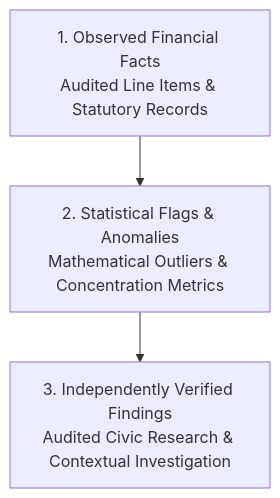
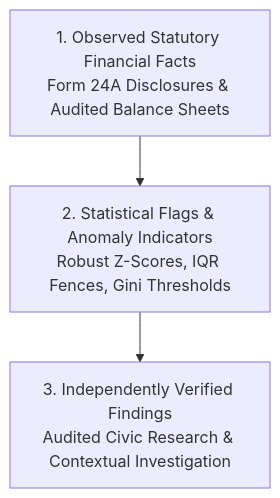
The diagram in docs/phase5/anomaly_methodology.md (Rakshana0707/CIVICLENS), drawn with Mermaid before and after one commit. The commit also changed other lines of this file and 2 other files, not shown here.

Commit message:
Political Funding Anomaly Detection Co-authored-by: Neevetha <neevetha2006@gmail.com>

````diff
--- a/docs/phase5/anomaly_methodology.md
+++ b/docs/phase5/anomaly_methodology.md
@@ -18,5 +19,5 @@
 ```mermaid
 flowchart TD
-    Tier1[1. Observed Financial Facts<br/>Audited Line Items & Statutory Records] --> Tier2[2. Statistical Flags & Anomalies<br/>Mathematical Outliers & Concentration Metrics]
+    Tier1[1. Observed Statutory Financial Facts<br/>Form 24A Disclosures & Audited Balance Sheets] --> Tier2[2. Statistical Flags & Anomaly Indicators<br/>Robust Z-Scores, IQR Fences, Gini Thresholds]
     Tier2 --> Tier3[3. Independently Verified Findings<br/>Audited Civic Research & Contextual Investigation]
 ```
````
